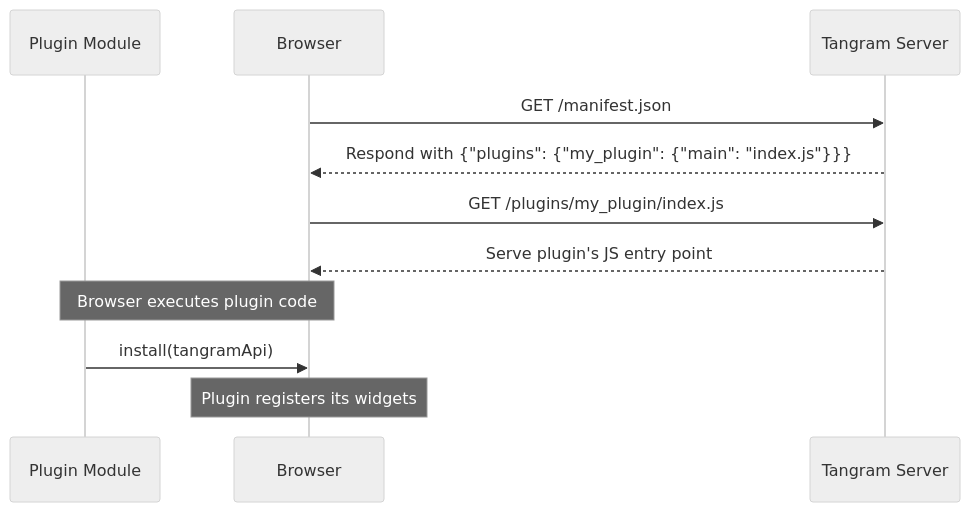
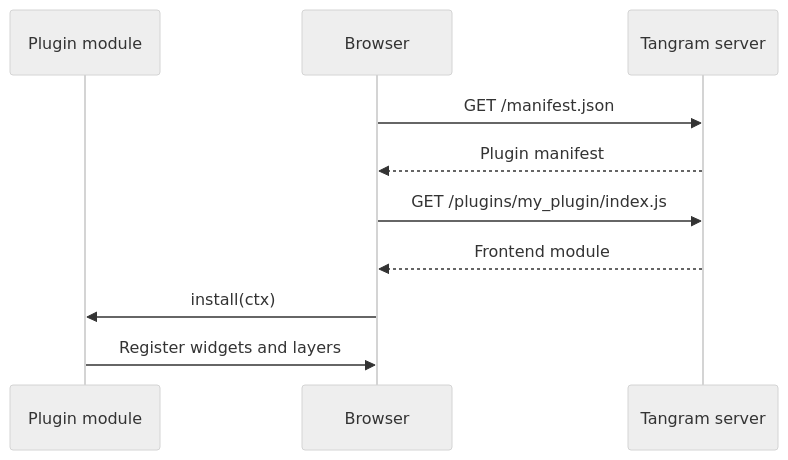
The diagram in docs/plugins/frontend.md (open-aviation/tangram), drawn with Mermaid (neutral theme) before and after one commit. The commit also changed other lines of this file and 2 other files, not shown here.

Commit message:
docs: improve `tangram_exe` and out-of-tree plugins setup guide (#295)

````diff
--- a/docs/plugins/frontend.md
+++ b/docs/plugins/frontend.md
@@ -91,14 +184,13 @@
 ```mermaid
 sequenceDiagram
-    participant P as Plugin Module
+    participant P as Plugin module
     participant B as Browser
-    participant S as Tangram Server
+    participant S as Tangram server
 
     B->>S: GET /manifest.json
-    S-->>B: Respond with {"plugins": {"my_plugin": {"main": "index.js"}}}
+    S-->>B: Plugin manifest
     B->>S: GET /plugins/my_plugin/index.js
-    S-->>B: Serve plugin's JS entry point
-    Note over B, P: Browser executes plugin code
-    P->>B: install(tangramApi)
-    Note over B: Plugin registers its widgets
+    S-->>B: Frontend module
+    B->>P: install(ctx)
+    P->>B: Register widgets and layers
 ```
````
